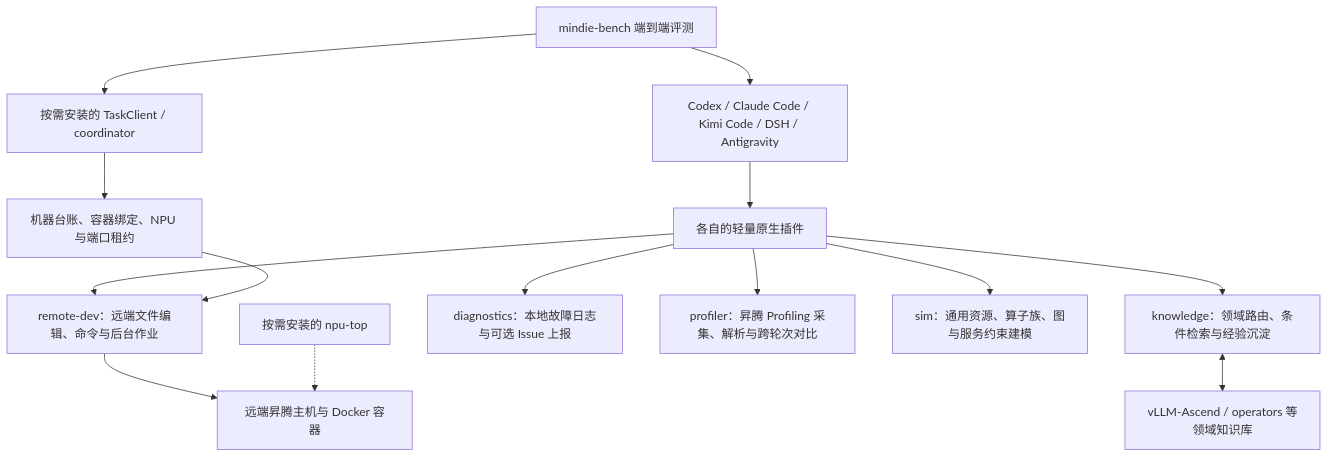
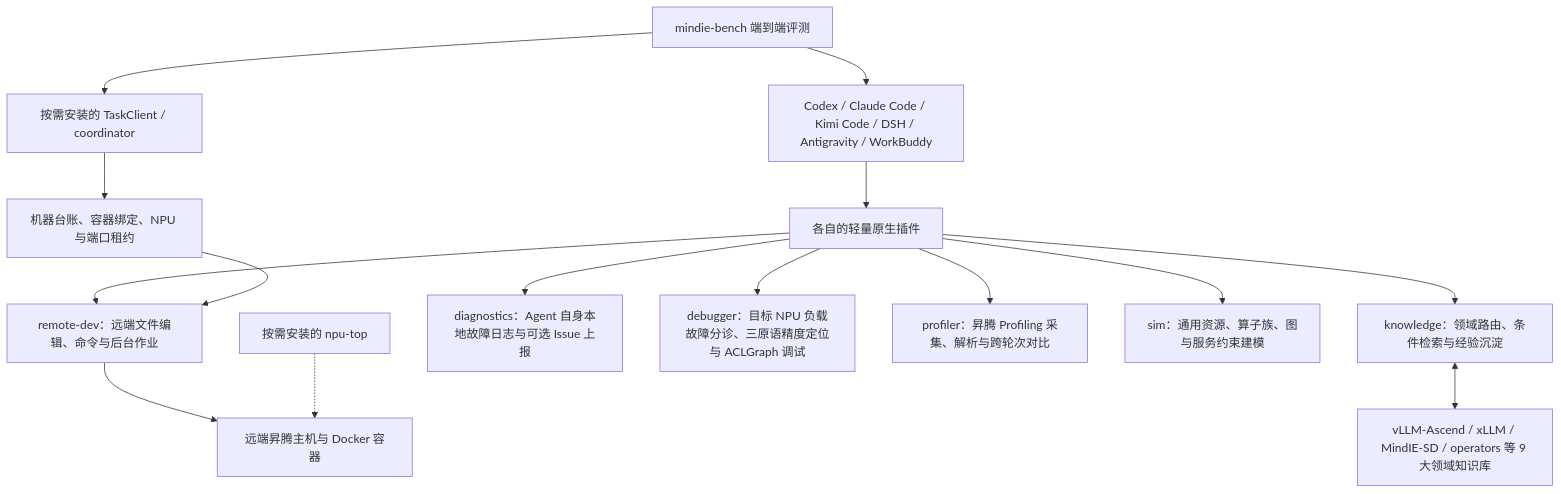
Before and after one commit to mindie-agent/mindie-agent: the diagram in docs/architecture.md, drawn with Mermaid. The commit also changed other lines of this file and 20 other files, not shown here.

Commit message:
release: mindie-agent v0.1.7 (Tencent WorkBuddy plugin, mindie-debugger, sim v0.9.2, and 9-corpus sync)

````diff
--- a/docs/architecture.md
+++ b/docs/architecture.md
@@ -11,16 +11,17 @@
 ```mermaid
 flowchart TB
-    H["Codex / Claude Code / Kimi Code / DSH / Antigravity"] --> P["各自的轻量原生插件"]
+    H["Codex / Claude Code / Kimi Code / DSH / Antigravity / WorkBuddy"] --> P["各自的轻量原生插件"]
     P --> K["knowledge：领域路由、条件检索与经验沉淀"]
     P --> R["remote-dev：远端文件编辑、命令与后台作业"]
-    P --> D["diagnostics：本地故障日志与可选 Issue 上报"]
+    P --> D["diagnostics：Agent 自身本地故障日志与可选 Issue 上报"]
+    P --> DB["debugger：目标 NPU 负载故障分诊、三原语精度定位与 ACLGraph 调试"]
     P --> PR["profiler：昇腾 Profiling 采集、解析与跨轮次对比"]
     P --> S["sim：通用资源、算子族、图与服务约束建模"]
-    K <--> F["vLLM-Ascend / operators 等领域知识库"]
+    K <--> F["vLLM-Ascend / xLLM / MindIE-SD / operators 等 9 大领域知识库"]
     T["按需安装的 TaskClient / coordinator"] --> Q["机器台账、容器绑定、NPU 与端口租约"]
     Q --> R
     R --> N["远端昇腾主机与 Docker 容器"]
     M["按需安装的 npu-top"] -.-> N
     B["mindie-bench 端到端评测"] --> T
     B --> H
 ```
````
